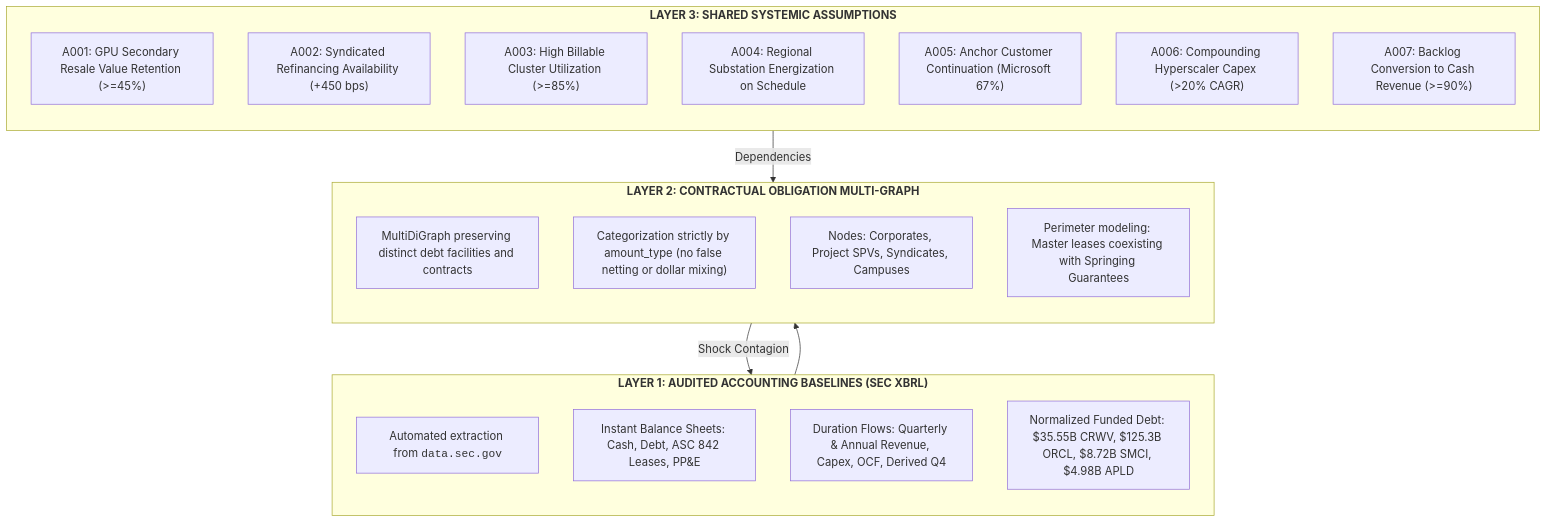
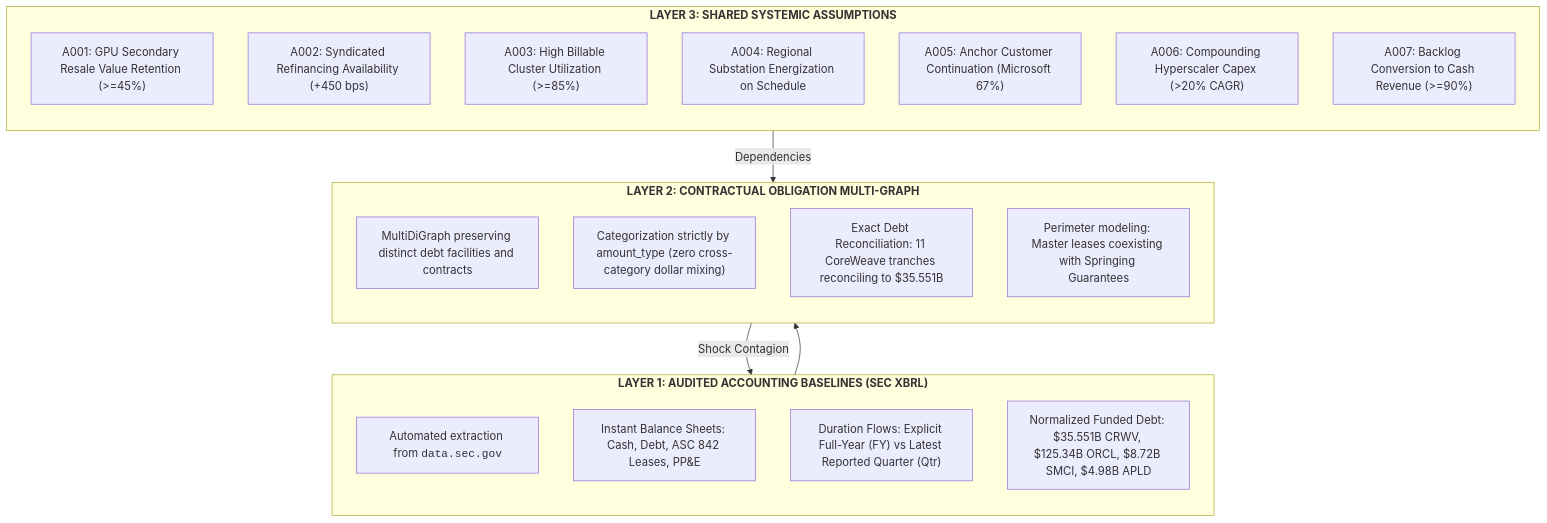
One commit to admiralorbiter/computational-sketchbook changed the second of 2 diagrams in 2026/2026-09-28-ai-infrastructure-network/README.md. Above: the diagram before and after it, drawn with Mermaid. The commit also changed other lines of this file and 19 other files, not shown here.

````diff
--- a/2026/2026-09-28-ai-infrastructure-network/README.md
+++ b/2026/2026-09-28-ai-infrastructure-network/README.md
@@ -48,33 +48,33 @@
 ```mermaid
 flowchart TD
     subgraph L1["<b>LAYER 1: AUDITED ACCOUNTING BASELINES (SEC XBRL)</b>"]
         direction TB
         F1["Automated extraction from <code>data.sec.gov</code>"]
         F2["Instant Balance Sheets: Cash, Debt, ASC 842 Leases, PP&E"]
-        F3["Duration Flows: Quarterly & Annual Revenue, Capex, OCF, Derived Q4"]
-        F4["Normalized Funded Debt: $35.55B CRWV, $125.3B ORCL, $8.72B SMCI, $4.98B APLD"]
+        F3["Duration Flows: Explicit Full-Year (FY) vs Latest Reported Quarter (Qtr)"]
+        F4["Normalized Funded Debt: $35.551B CRWV, $125.34B ORCL, $8.72B SMCI, $4.98B APLD"]
     end
 
     subgraph L2["<b>LAYER 2: CONTRACTUAL OBLIGATION MULTI-GRAPH</b>"]
         direction TB
         O1["MultiDiGraph preserving distinct debt facilities and contracts"]
-        O2["Categorization strictly by amount_type (no false netting or dollar mixing)"]
-        O3["Nodes: Corporates, Project SPVs, Syndicates, Campuses"]
+        O2["Categorization strictly by amount_type (zero cross-category dollar mixing)"]
+        O3["Exact Debt Reconciliation: 11 CoreWeave tranches reconciling to $35.551B"]
         O4["Perimeter modeling: Master leases coexisting with Springing Guarantees"]
     end
 
     subgraph L3["<b>LAYER 3: SHARED SYSTEMIC ASSUMPTIONS</b>"]
         direction TB
         A1["A001: GPU Secondary Resale Value Retention (>=45%)"]
         A2["A002: Syndicated Refinancing Availability (+450 bps)"]
         A3["A003: High Billable Cluster Utilization (>=85%)"]
         A4["A004: Regional Substation Energization on Schedule"]
         A5["A005: Anchor Customer Continuation (Microsoft 67%)"]
         A6["A006: Compounding Hyperscaler Capex (>20% CAGR)"]
         A7["A007: Backlog Conversion to Cash Revenue (>=90%)"]
     end
 
     L1 --> L2
     L3 -->|Dependencies| L2
     L2 -->|Shock Contagion| L1
 ```
````
